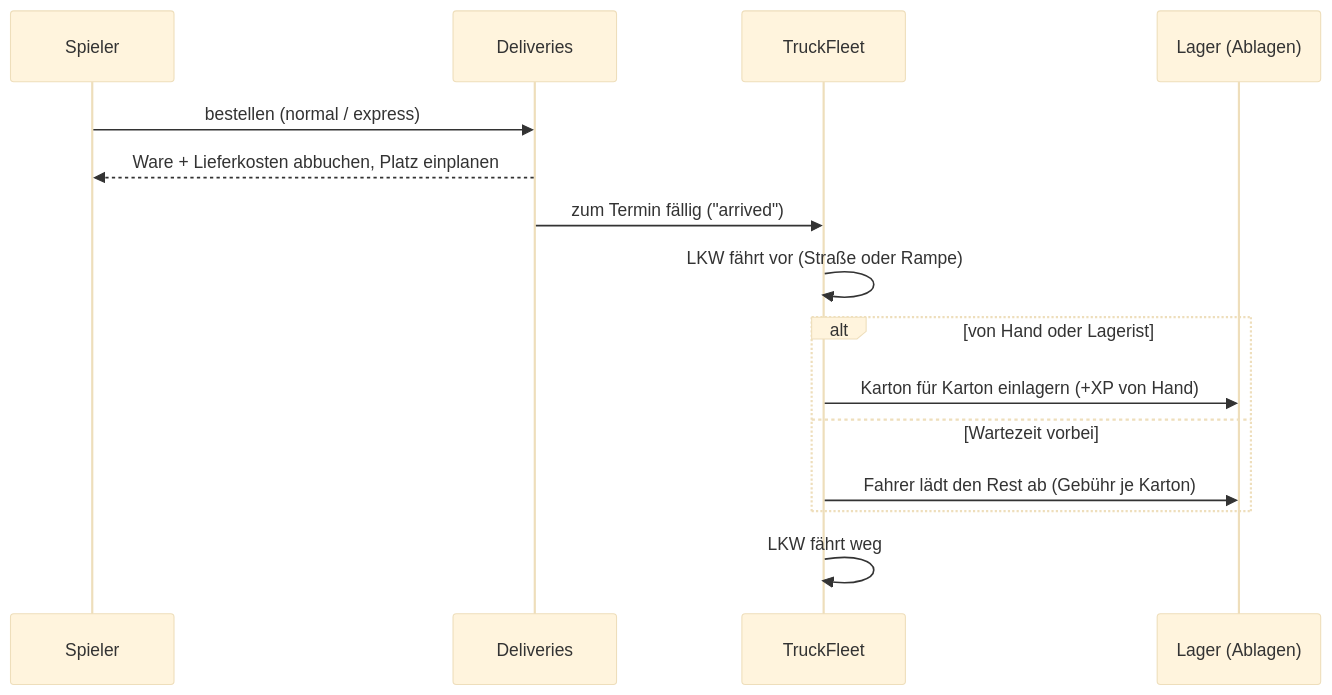
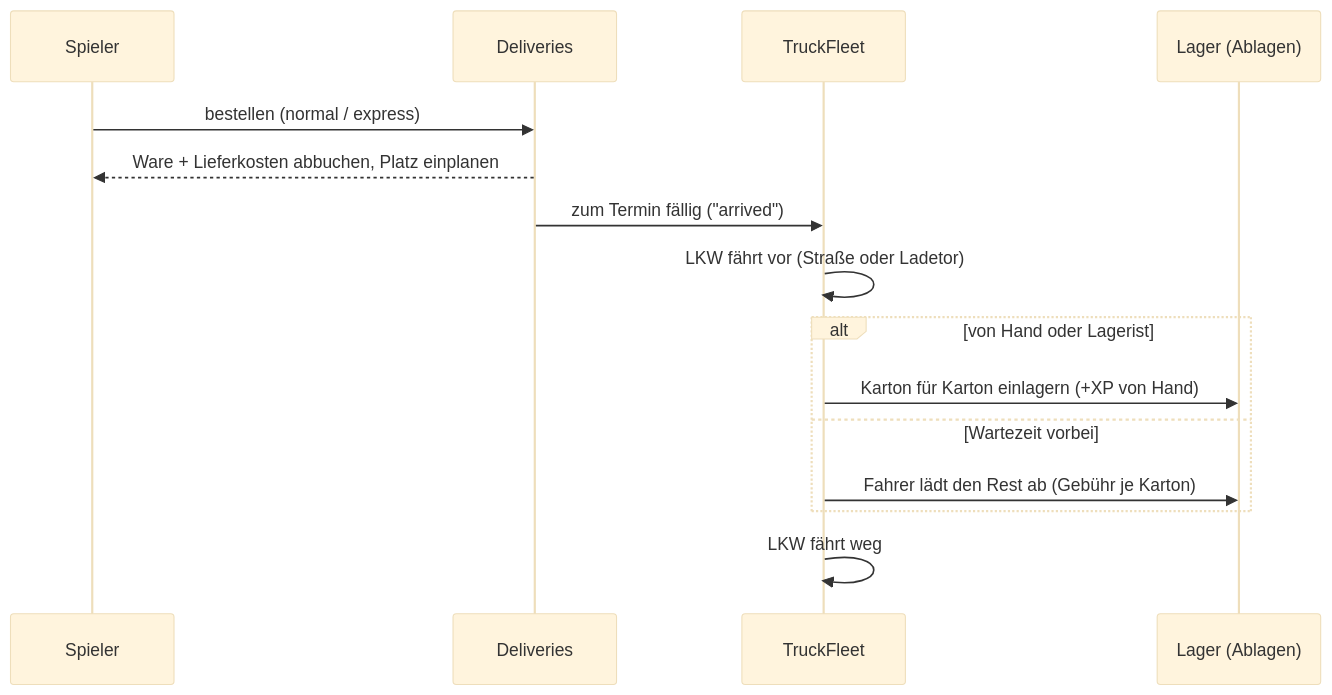
The second of 11 diagrams in README.md (Hobix0/PocketSim), drawn with Mermaid (base theme) before and after one commit. The commit also changed other lines of this file and 61 other files, not shown here.

First line of the commit message:
Etappe 8 (Zwischenstand): Lager-Baukasten, Ladetor, Fahrraster für LKW, Einkaufswagen, Cosy-Look

````diff
--- a/README.md
+++ b/README.md
@@ -154,17 +154,17 @@
 ```mermaid
 sequenceDiagram
   participant S as Spieler
   participant D as Deliveries
   participant F as TruckFleet
   participant L as Lager (Ablagen)
   S->>D: bestellen (normal / express)
   D-->>S: Ware + Lieferkosten abbuchen, Platz einplanen
   D->>F: zum Termin fällig ("arrived")
-  F->>F: LKW fährt vor (Straße oder Rampe)
+  F->>F: LKW fährt vor (Straße oder Ladetor)
   alt von Hand oder Lagerist
     F->>L: Karton für Karton einlagern (+XP von Hand)
   else Wartezeit vorbei
     F->>L: Fahrer lädt den Rest ab (Gebühr je Karton)
   end
   F->>F: LKW fährt weg
 ```
````
